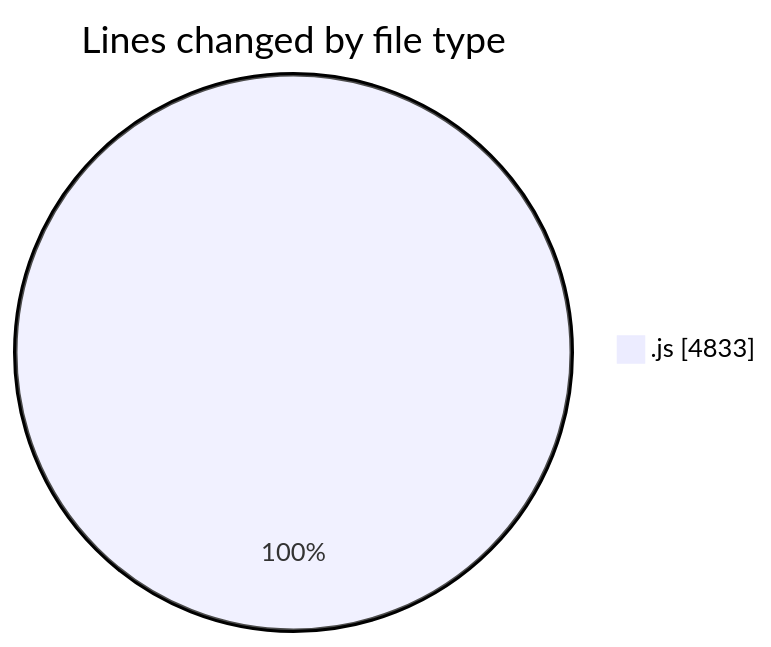
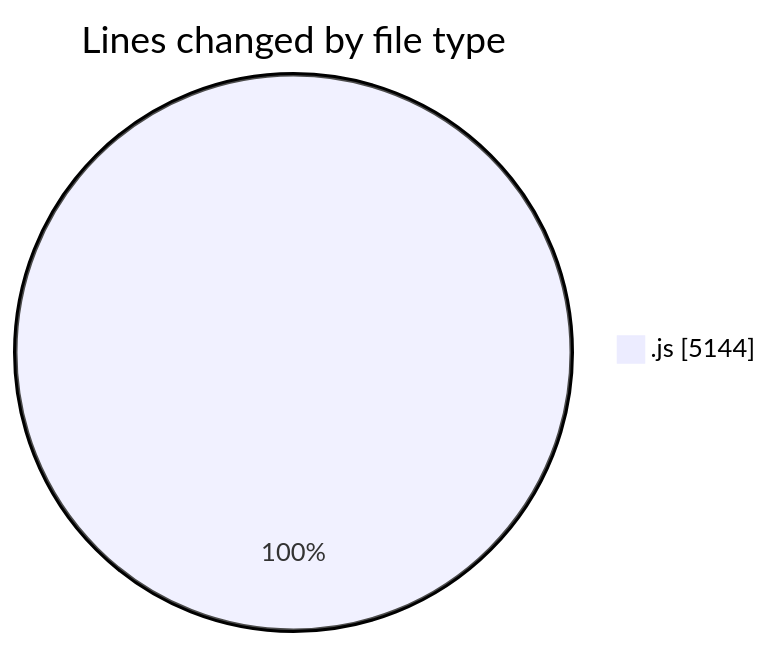
One commit to nxtqubesakshisongat/code-tracking changed the first of 2 diagrams in 2025-09-02/nxtqube_webapp/README.md. Above: the diagram before and after it, drawn with Mermaid. The commit also changed other lines of this file and 1 other file, not shown here.

````diff
--- a/2025-09-02/nxtqube_webapp/README.md
+++ b/2025-09-02/nxtqube_webapp/README.md
@@ -20,5 +20,5 @@
 ```mermaid
 pie showData
 title Lines changed by file type
-".js" : 4833
+".js" : 5144
 ```
````
